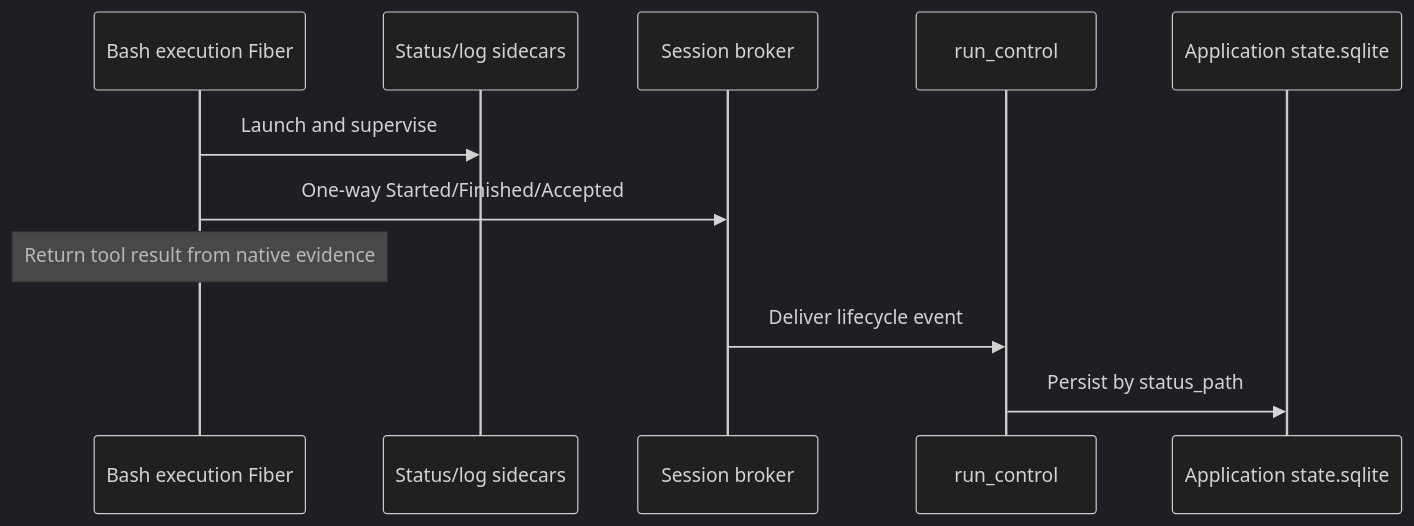
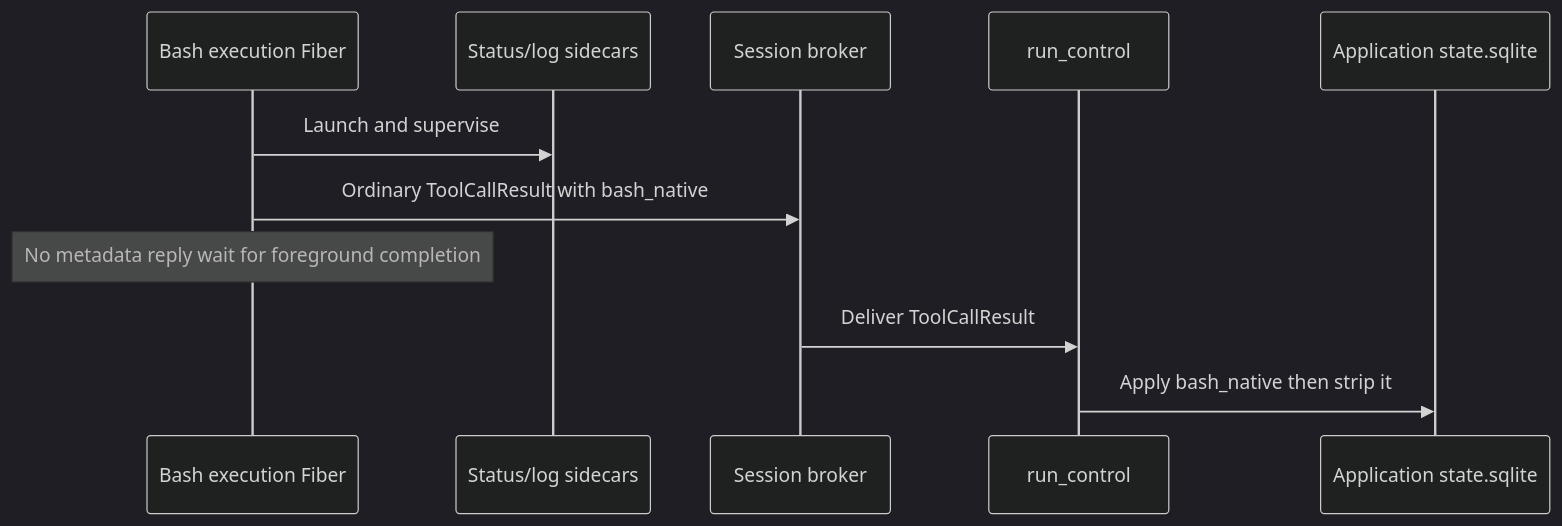
The fourth of 7 diagrams in architecture/processes-and-queues.md (ineersa/agent-core), drawn with Mermaid (dark theme) before and after one commit. The commit also changed other lines of this file and 12 other files, not shown here.

First line of the commit message:
Keep first-wins Bash cancel/background ordering with ordinary ToolResult.

````diff
--- a/architecture/processes-and-queues.md
+++ b/architecture/processes-and-queues.md
@@ -177,14 +177,14 @@
 ```mermaid
 sequenceDiagram
     participant Tool as Bash execution Fiber
     participant Native as Status/log sidecars
     participant Broker as Session broker
     participant Owner as run_control
     participant DB as Application state.sqlite
 
     Tool->>Native: Launch and supervise
-    Tool->>Broker: One-way Started/Finished/Accepted
-    Note over Tool: Return tool result from native evidence
-    Broker->>Owner: Deliver lifecycle event
-    Owner->>DB: Persist by status_path
+    Tool->>Broker: Ordinary ToolCallResult with bash_native
+    Note over Tool: No metadata reply wait for foreground completion
+    Broker->>Owner: Deliver ToolCallResult
+    Owner->>DB: Apply bash_native then strip it
 ```
````
